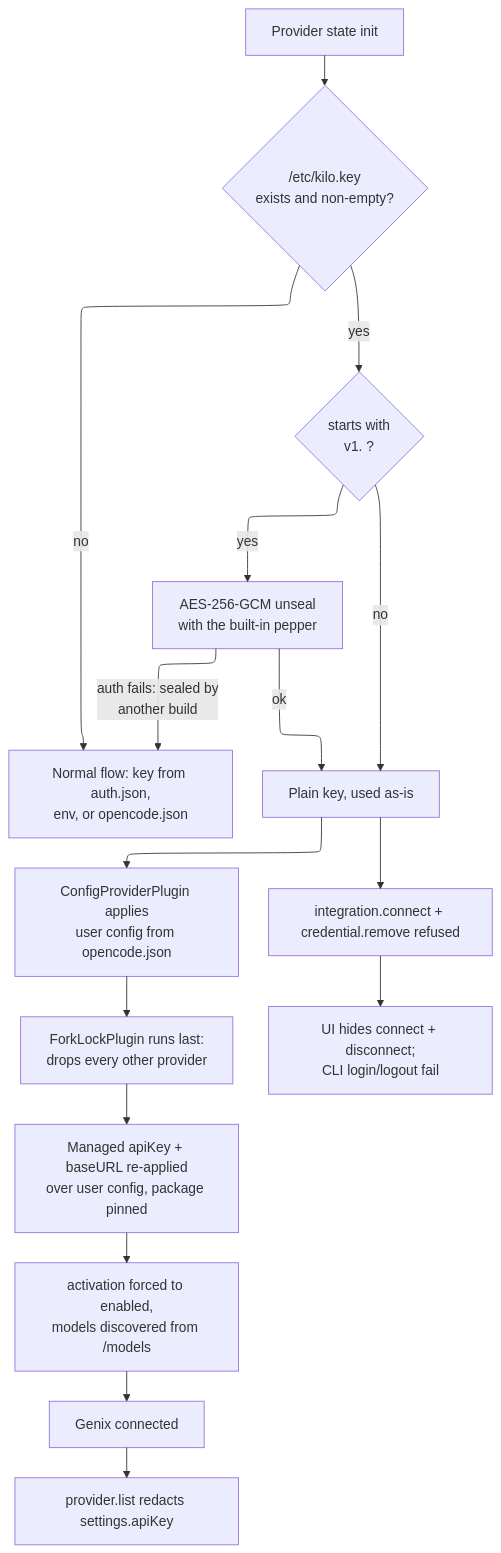
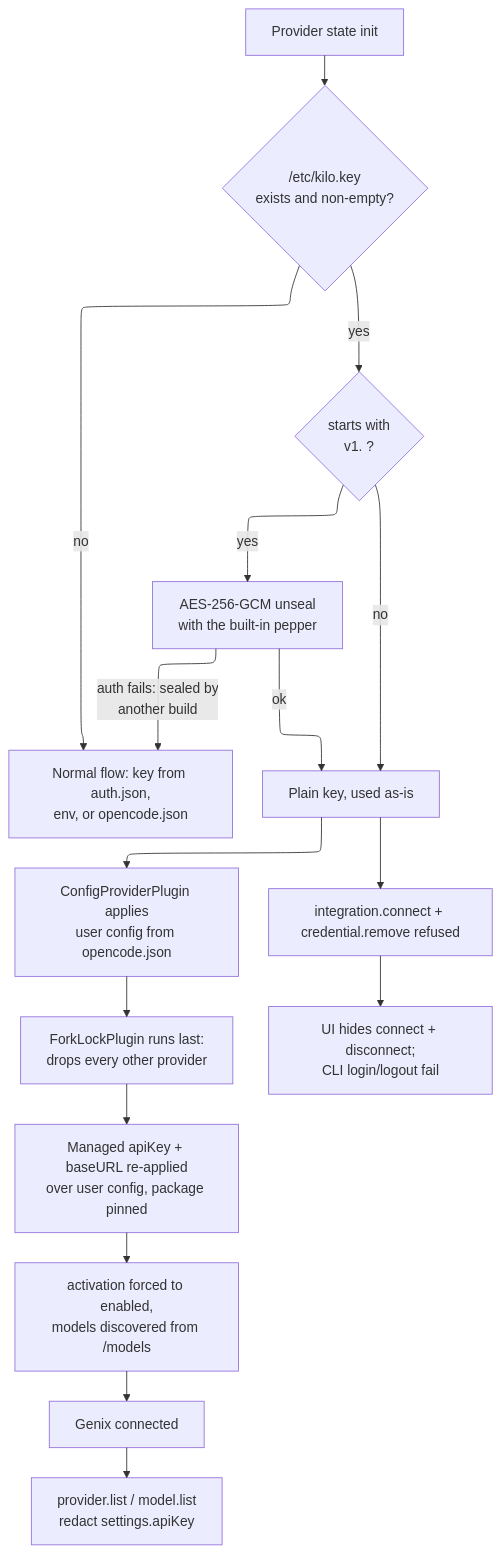
Before and after one commit to t7tran/opencode: the first of 3 diagrams in FORK.md, drawn with Mermaid. The commit also changed other lines of this file and 79 other files, not shown here.

````diff
--- a/FORK.md
+++ b/FORK.md
@@ -273,22 +319,22 @@
 ```mermaid
 ---
 config:
   layout: elk
 ---
 flowchart TB
   A["Provider state init"] --> P{"/etc/kilo.key<br/>exists and non-empty?"}
   P -- "no" --> C["Normal flow: key from auth.json,<br/>env, or opencode.json"]
   P -- "yes" --> Q{"starts with<br/>v1. ?"}
   Q -- "no" --> B["Plain key, used as-is"]
   Q -- "yes" --> R["AES-256-GCM unseal<br/>with the built-in pepper"]
   R -- "auth fails: sealed by<br/>another build" --> C
   R -- "ok" --> B
   B --> D["ConfigProviderPlugin applies<br/>user config from opencode.json"]
   D --> E["ForkLockPlugin runs last:<br/>drops every other provider"]
   E --> F["Managed apiKey + baseURL re-applied<br/>over user config, package pinned"]
   F --> G["activation forced to enabled,<br/>models discovered from /models"]
   G --> H["Genix connected"]
-  H --> I["provider.list redacts settings.apiKey"]
+  H --> I["provider.list / model.list<br/>redact settings.apiKey"]
   B --> J["integration.connect + credential.remove refused"]
   J --> K["UI hides connect + disconnect;<br/>CLI login/logout fail"]
 ```
````
